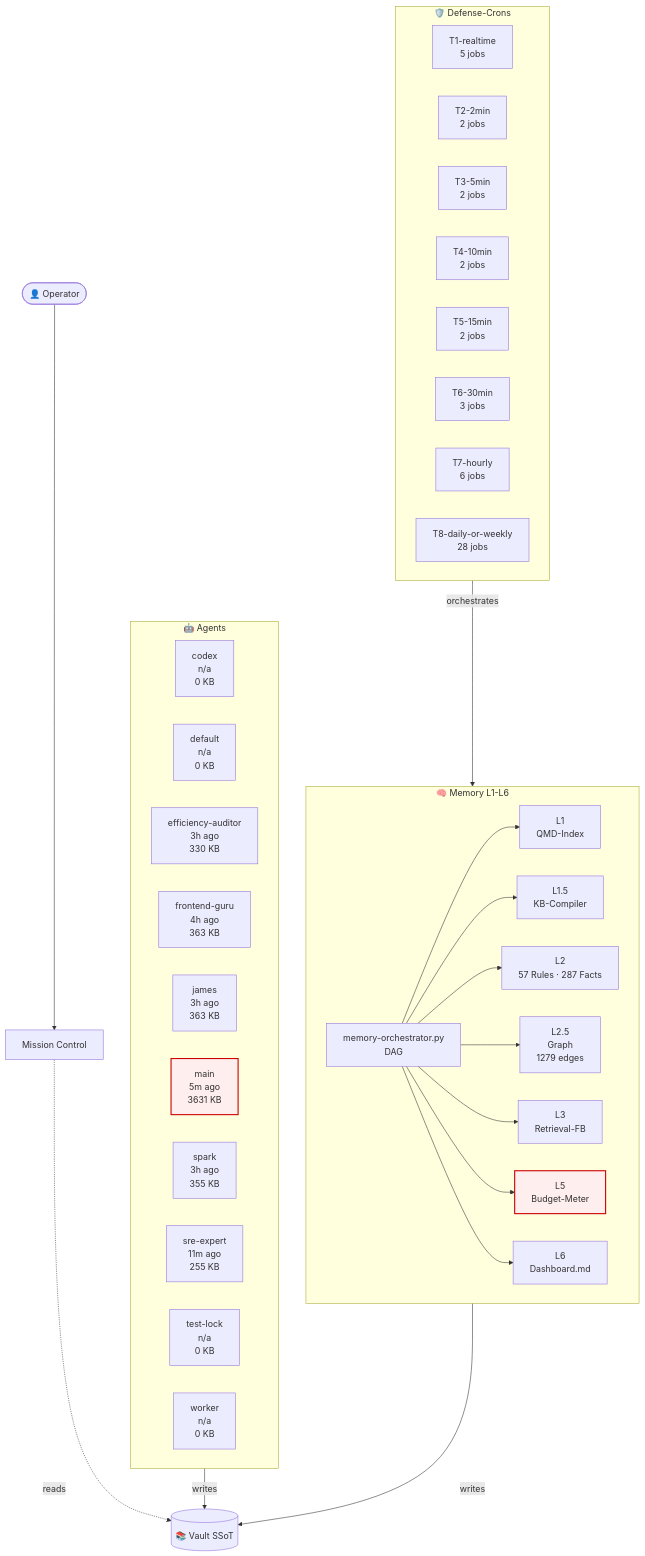
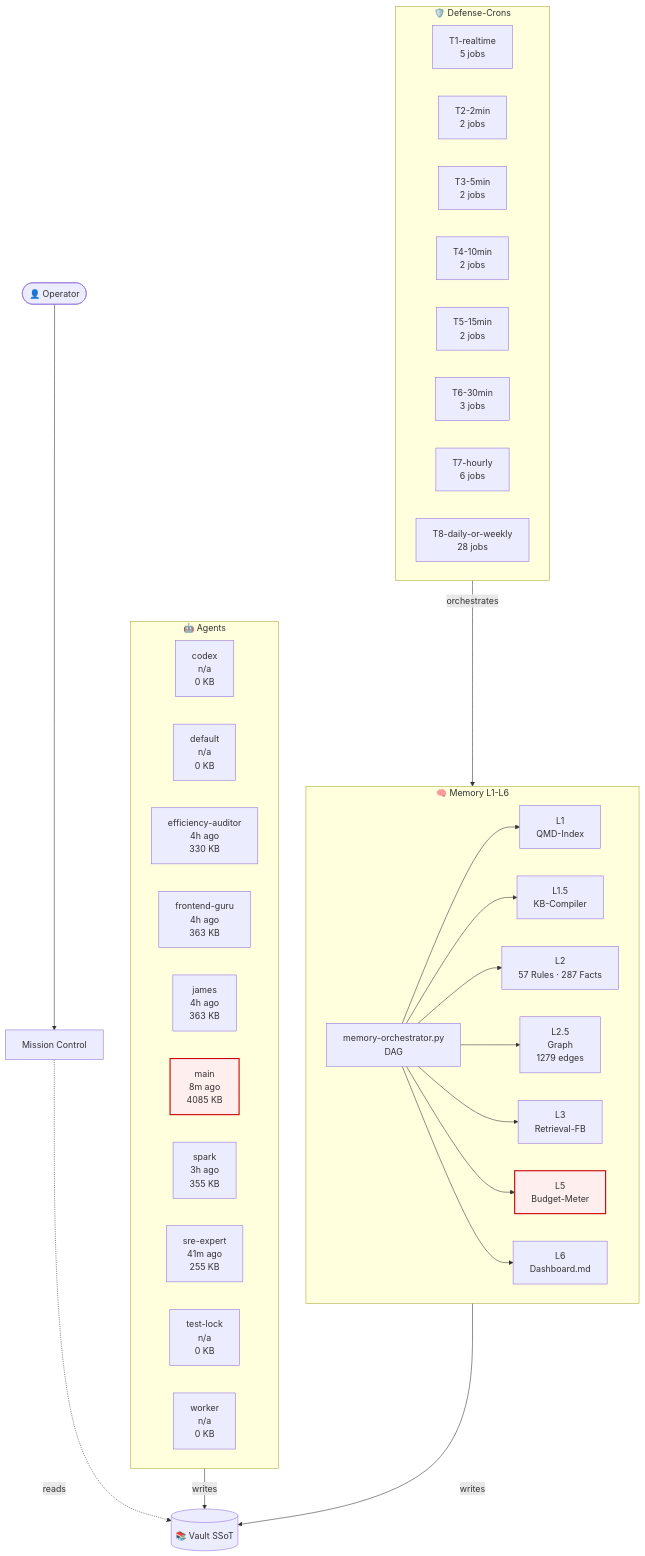
One commit to lenardhuebner88-rgb/openclaw-memory changed the diagram in 03-Agents/architecture-live.md. Above: the diagram before and after it, drawn with Mermaid. The commit also changed other lines of this file and 1 other file, not shown here.

````diff
--- a/03-Agents/architecture-live.md
+++ b/03-Agents/architecture-live.md
@@ -18,53 +18,53 @@
 ```mermaid
 flowchart TB
     classDef critical fill:#fee,stroke:#c00,stroke-width:2px;
     subgraph AGT["🤖 Agents"]
         agent_codex["codex<br/>n/a<br/>0 KB"]
         agent_default["default<br/>n/a<br/>0 KB"]
-        agent_efficiency_auditor["efficiency-auditor<br/>3h ago<br/>330 KB"]
+        agent_efficiency_auditor["efficiency-auditor<br/>4h ago<br/>330 KB"]
         agent_frontend_guru["frontend-guru<br/>4h ago<br/>363 KB"]
-        agent_james["james<br/>3h ago<br/>363 KB"]
-        agent_main["main<br/>5m ago<br/>3631 KB"]
+        agent_james["james<br/>4h ago<br/>363 KB"]
+        agent_main["main<br/>8m ago<br/>4085 KB"]
         agent_spark["spark<br/>3h ago<br/>355 KB"]
-        agent_sre_expert["sre-expert<br/>11m ago<br/>255 KB"]
+        agent_sre_expert["sre-expert<br/>41m ago<br/>255 KB"]
         agent_test_lock["test-lock<br/>n/a<br/>0 KB"]
         agent_worker["worker<br/>n/a<br/>0 KB"]
     end
     subgraph MEM["🧠 Memory L1-L6"]
         L1["L1<br/>QMD-Index"]
         L15["L1.5<br/>KB-Compiler"]
         L2["L2<br/>57 Rules · 287 Facts"]
         L25["L2.5<br/>Graph<br/>1279 edges"]
         L3["L3<br/>Retrieval-FB"]
         L5["L5<br/>Budget-Meter"]
         L6["L6<br/>Dashboard.md"]
         ORCH["memory-orchestrator.py<br/>DAG"]
     end
     subgraph CRN["🛡️ Defense-Crons"]
         tier_T1_realtime["T1-realtime<br/>5 jobs"]
         tier_T2_2min["T2-2min<br/>2 jobs"]
         tier_T3_5min["T3-5min<br/>2 jobs"]
         tier_T4_10min["T4-10min<br/>2 jobs"]
         tier_T5_15min["T5-15min<br/>2 jobs"]
         tier_T6_30min["T6-30min<br/>3 jobs"]
         tier_T7_hourly["T7-hourly<br/>6 jobs"]
         tier_T8_daily_or_weekly["T8-daily-or-weekly<br/>28 jobs"]
     end
     VAULT[("📚 Vault SSoT")]
     OP([👤 Operator])
     MC["Mission Control"]
     OP --> MC
     MC -.reads.-> VAULT
     AGT -->|writes| VAULT
     MEM -->|writes| VAULT
     ORCH --> L1
     ORCH --> L15
     ORCH --> L2
     ORCH --> L25
     ORCH --> L3
     ORCH --> L5
     ORCH --> L6
     CRN -->|orchestrates| MEM
     class L5 critical
     class agent_main critical
 ```
````
